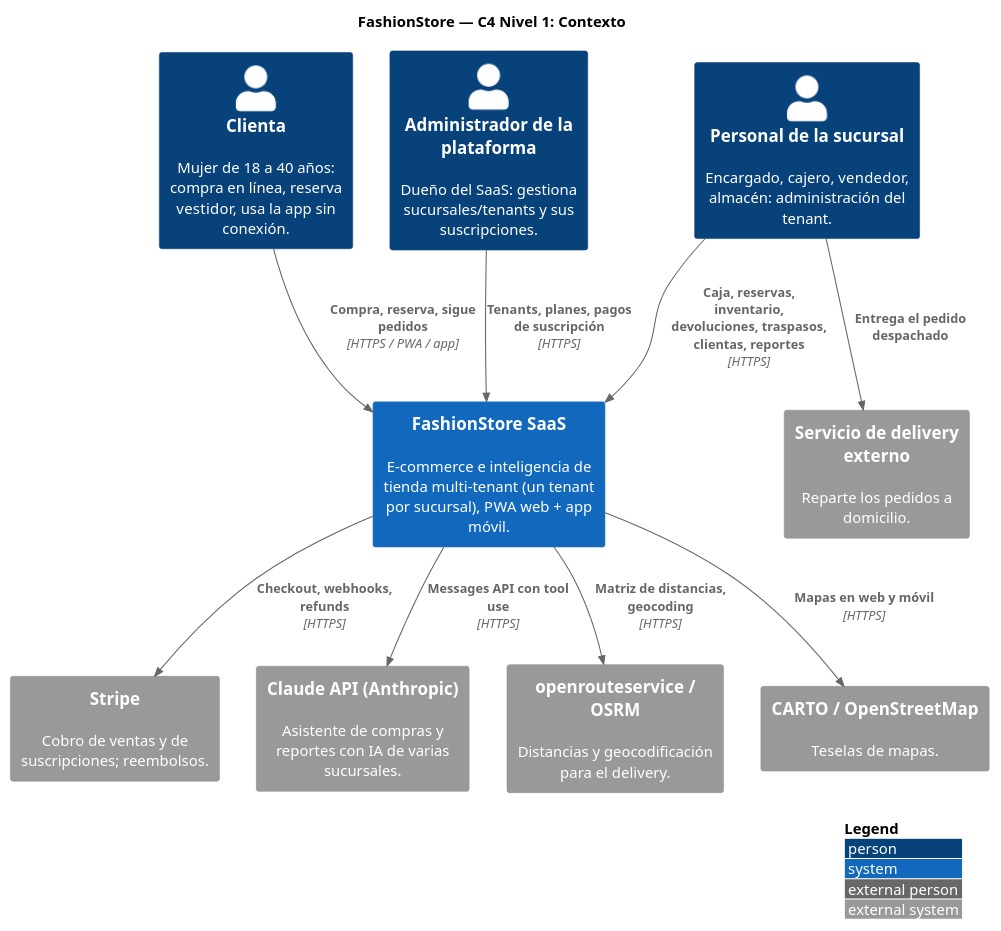
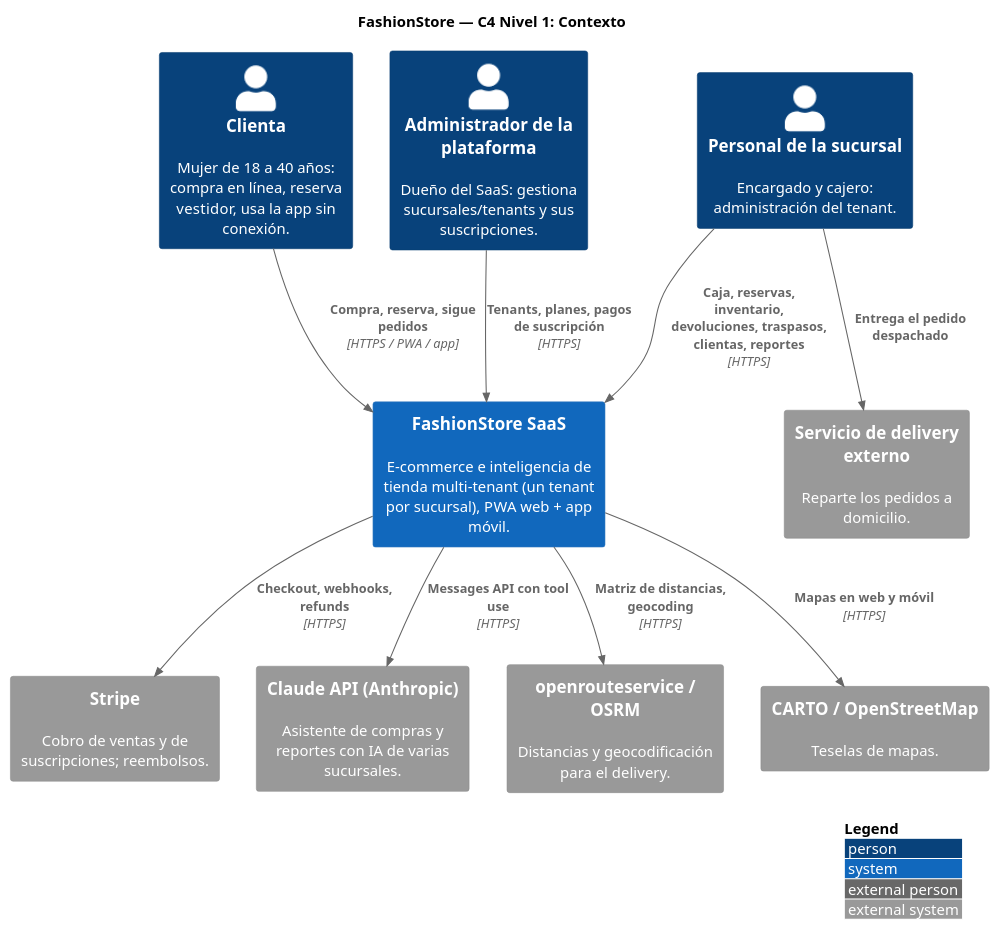
The diagram in docs/uml/20_c4_contexto.puml (CHLimber/1er-Parcial-SI2), drawn with PlantUML before and after one commit. The commit also changed 154 other files, not shown here.

Commit message:
Revision SaaS: recuperar cuenta, bloqueo por suscripcion, personal del superadmin, cargo ALMACEN/VENDEDOR eliminados, indices de rendimiento y guia de pruebas de los CU

```diff
--- a/docs/uml/20_c4_contexto.puml
+++ b/docs/uml/20_c4_contexto.puml
@@ -1,27 +1,27 @@
 @startuml 20_c4_contexto
 ' Arquitectura C4 - Nivel 1: Contexto del sistema.
 !include <C4/C4_Context>
 LAYOUT_WITH_LEGEND()
 title FashionStore — C4 Nivel 1: Contexto
 
 Person(clienta, "Clienta", "Mujer de 18 a 40 años: compra en línea, reserva vestidor, usa la app sin conexión.")
-Person(personal, "Personal de la sucursal", "Encargado, cajero, vendedor, almacén: administración del tenant.")
+Person(personal, "Personal de la sucursal", "Encargado y cajero: administración del tenant.")
 Person(admin, "Administrador de la plataforma", "Dueño del SaaS: gestiona sucursales/tenants y sus suscripciones.")
 
 System(fs, "FashionStore SaaS", "E-commerce e inteligencia de tienda multi-tenant (un tenant por sucursal), PWA web + app móvil.")
 
 System_Ext(stripe, "Stripe", "Cobro de ventas y de suscripciones; reembolsos.")
 System_Ext(claude, "Claude API (Anthropic)", "Asistente de compras y reportes con IA de varias sucursales.")
 System_Ext(ors, "openrouteservice / OSRM", "Distancias y geocodificación para el delivery.")
 System_Ext(delivery, "Servicio de delivery externo", "Reparte los pedidos a domicilio.")
 System_Ext(tiles, "CARTO / OpenStreetMap", "Teselas de mapas.")
 
 Rel(clienta, fs, "Compra, reserva, sigue pedidos", "HTTPS / PWA / app")
 Rel(personal, fs, "Caja, reservas, inventario, devoluciones, traspasos, clientas, reportes", "HTTPS")
 Rel(admin, fs, "Tenants, planes, pagos de suscripción", "HTTPS")
 Rel(fs, stripe, "Checkout, webhooks, refunds", "HTTPS")
 Rel(fs, claude, "Messages API con tool use", "HTTPS")
 Rel(fs, ors, "Matriz de distancias, geocoding", "HTTPS")
 Rel(fs, tiles, "Mapas en web y móvil", "HTTPS")
 Rel(personal, delivery, "Entrega el pedido despachado")
 @enduml
```
